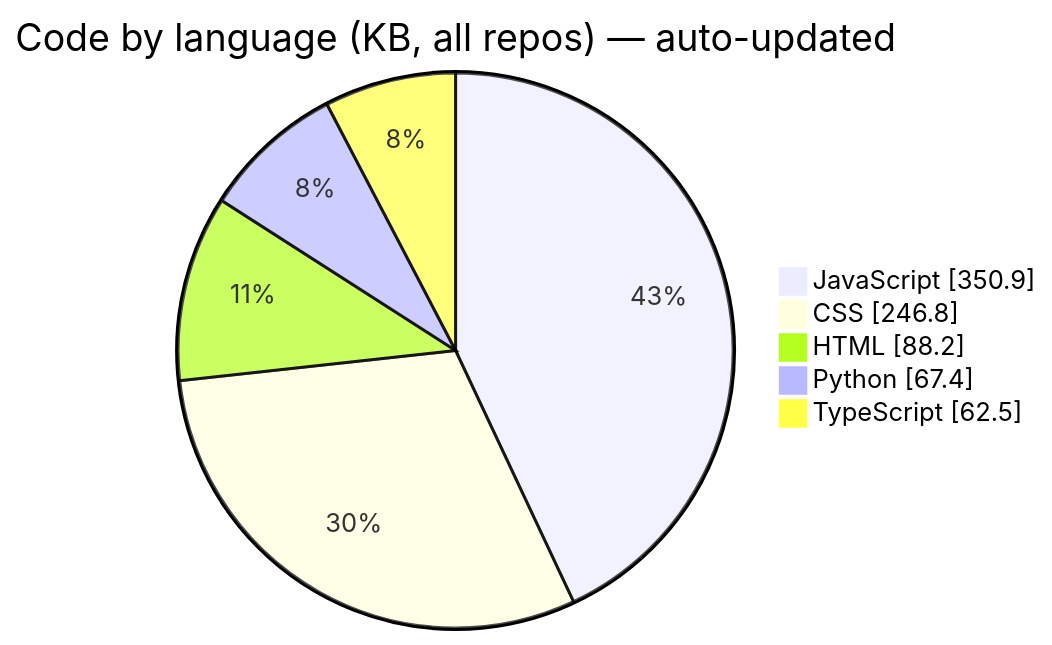
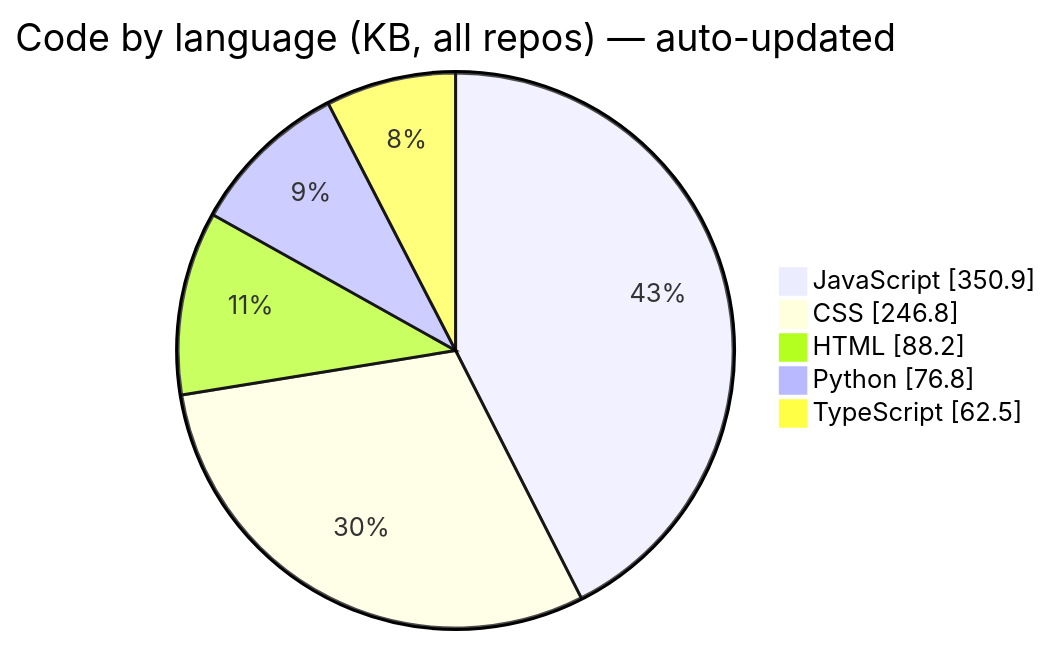
The third of 6 diagrams in README.md (Manashjyoti-Bora/Manashjyoti-Bora), drawn with Mermaid before and after one commit. The commit also changed other lines of this file and 1 other file, not shown here.

````diff
--- a/README.md
+++ b/README.md
@@ -196,9 +196,9 @@
 ```mermaid
 pie showData
     title Code by language (KB, all repos) — auto-updated
     "JavaScript" : 350.9
     "CSS" : 246.8
     "HTML" : 88.2
-    "Python" : 67.4
+    "Python" : 76.8
     "TypeScript" : 62.5
 ```
````
